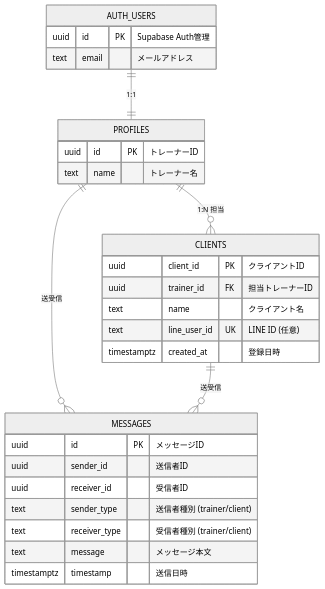
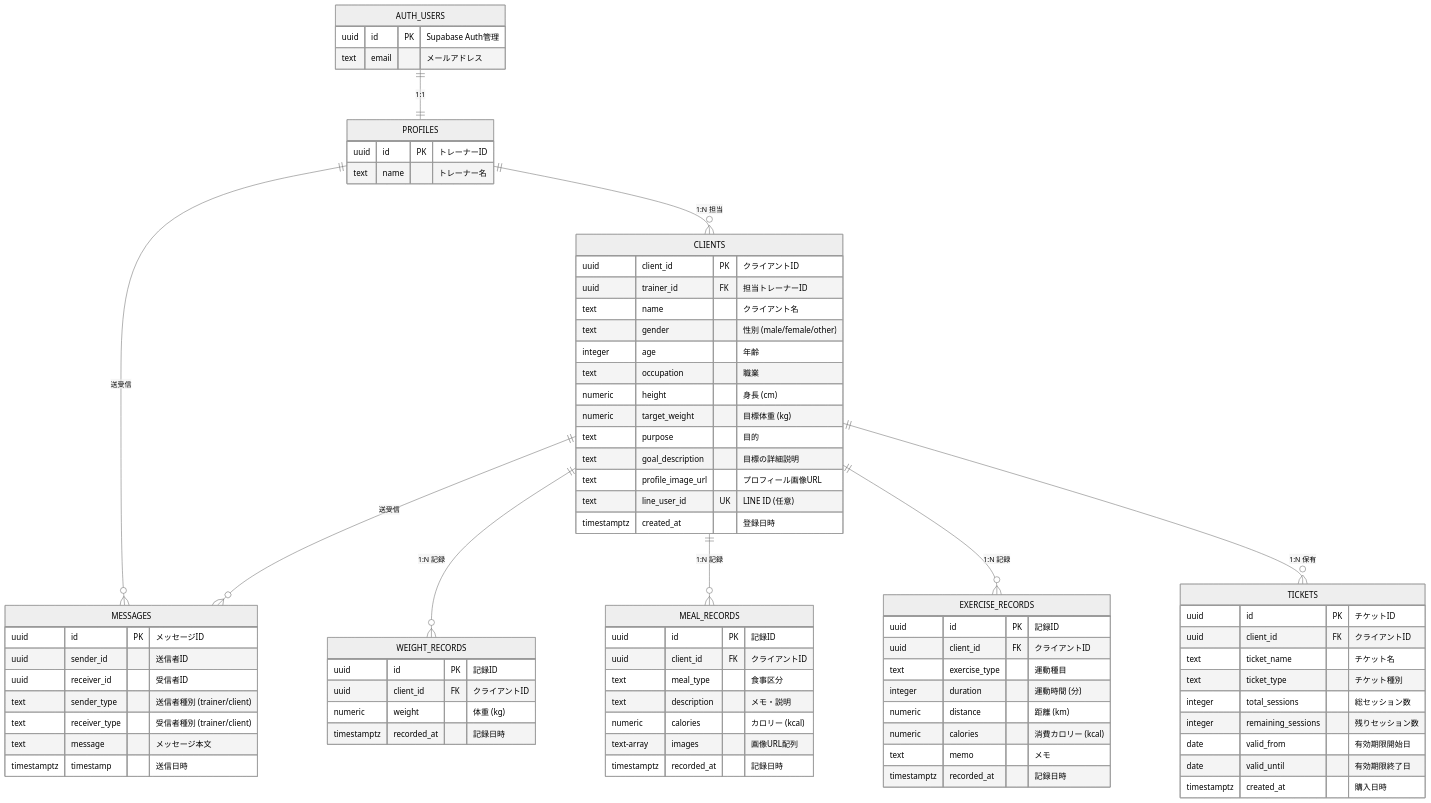
The diagram in docs/er-design.md (hoshiyuu0320/fit-connect), drawn with Mermaid (neutral theme) before and after one commit. The commit also changed 6 other files, not shown here.

````diff
--- a/docs/er-design.md
+++ b/docs/er-design.md
@@ -5,6 +5,10 @@
     PROFILES ||--o{ CLIENTS : "1:N 担当"
     PROFILES ||--o{ MESSAGES : "送受信"
     CLIENTS ||--o{ MESSAGES : "送受信"
+    CLIENTS ||--o{ WEIGHT_RECORDS : "1:N 記録"
+    CLIENTS ||--o{ MEAL_RECORDS : "1:N 記録"
+    CLIENTS ||--o{ EXERCISE_RECORDS : "1:N 記録"
+    CLIENTS ||--o{ TICKETS : "1:N 保有"
 
     AUTH_USERS {
         uuid id PK "Supabase Auth管理"
@@ -20,6 +24,14 @@
         uuid client_id PK "クライアントID"
         uuid trainer_id FK "担当トレーナーID"
         text name "クライアント名"
+        text gender "性別 (male/female/other)"
+        integer age "年齢"
+        text occupation "職業"
+        numeric height "身長 (cm)"
+        numeric target_weight "目標体重 (kg)"
+        text purpose "目的"
+        text goal_description "目標の詳細説明"
+        text profile_image_url "プロフィール画像URL"
         text line_user_id UK "LINE ID (任意)"
         timestamptz created_at "登録日時"
     }
@@ -33,4 +45,44 @@
         text message "メッセージ本文"
         timestamptz timestamp "送信日時"
     }
+
+    WEIGHT_RECORDS {
+        uuid id PK "記録ID"
+        uuid client_id FK "クライアントID"
+        numeric weight "体重 (kg)"
+        timestamptz recorded_at "記録日時"
+    }
+
+    MEAL_RECORDS {
+        uuid id PK "記録ID"
+        uuid client_id FK "クライアントID"
+        text meal_type "食事区分"
+        text description "メモ・説明"
+        numeric calories "カロリー (kcal)"
+        text-array images "画像URL配列"
+        timestamptz recorded_at "記録日時"
+    }
+
+    EXERCISE_RECORDS {
+        uuid id PK "記録ID"
+        uuid client_id FK "クライアントID"
+        text exercise_type "運動種目"
+        integer duration "運動時間 (分)"
+        numeric distance "距離 (km)"
+        numeric calories "消費カロリー (kcal)"
+        text memo "メモ"
+        timestamptz recorded_at "記録日時"
+    }
+
+    TICKETS {
+        uuid id PK "チケットID"
+        uuid client_id FK "クライアントID"
+        text ticket_name "チケット名"
+        text ticket_type "チケット種別"
+        integer total_sessions "総セッション数"
+        integer remaining_sessions "残りセッション数"
+        date valid_from "有効期限開始日"
+        date valid_until "有効期限終了日"
+        timestamptz created_at "購入日時"
+    }
 ```
````
